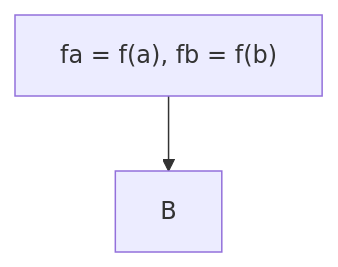
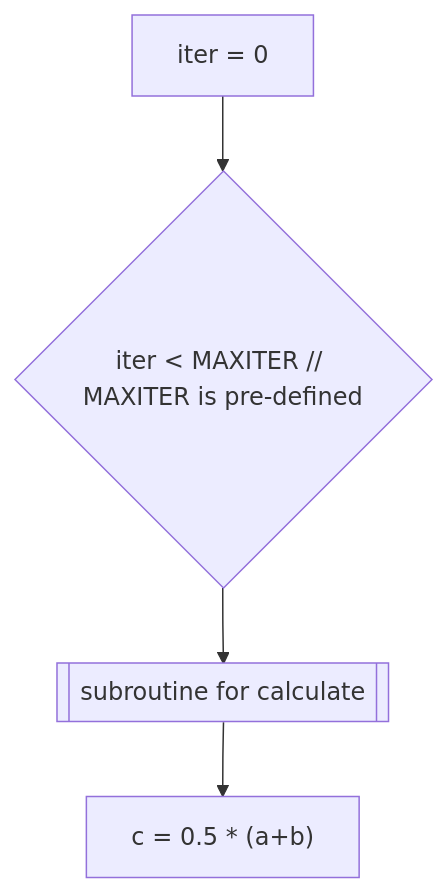
Before and after one commit to jsk0910/numerical_analysis: the diagram in Non-linear Equations/README.md, drawn with Mermaid.

````diff
--- a/Non-linear Equations/README.md
+++ b/Non-linear Equations/README.md
@@ -26,4 +26,7 @@
 ```mermaid
 flowchart TD;
-    A["fa = f(a), fb = f(b) "] --> B
+    A["iter = 0"] --> whileif
+    whileif{"iter < MAXITER // MAXITER is pre-defined"} --> while
+    while[["subroutine for calculate"]] --> B
+    B["c = 0.5 * (a+b)"]
 ```
````
